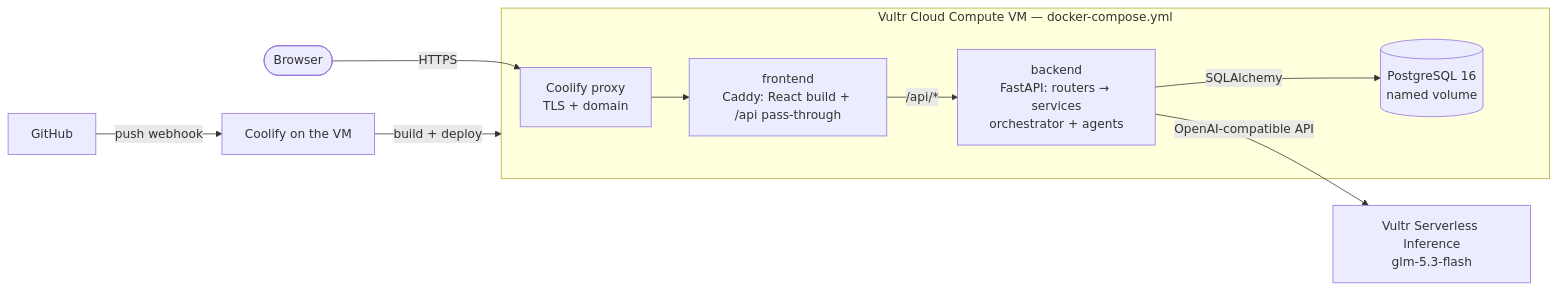
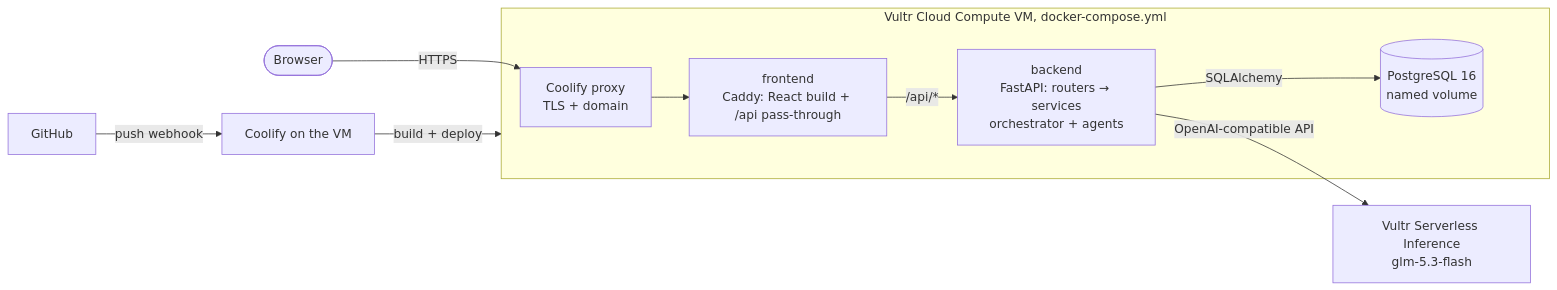
One commit to DrakesYT/unify-suite changed the diagram in README.md. Above: the diagram before and after it, drawn with Mermaid. The commit also changed other lines of this file and 9 other files, not shown here.

````diff
--- a/README.md
+++ b/README.md
@@ -24,11 +36,11 @@
 ```mermaid
 flowchart LR
     user([Browser]) -->|HTTPS| proxy[Coolify proxy<br/>TLS + domain]
-    subgraph vm[Vultr Cloud Compute VM — docker-compose.yml]
+    subgraph vm[Vultr Cloud Compute VM, docker-compose.yml]
         proxy --> fe[frontend<br/>Caddy: React build + /api pass-through]
         fe -->|/api/*| be[backend<br/>FastAPI: routers → services<br/>orchestrator + agents]
         be -->|SQLAlchemy| db[(PostgreSQL 16<br/>named volume)]
     end
     be -->|OpenAI-compatible API| llm[Vultr Serverless Inference<br/>glm-5.3-flash]
     git[GitHub] -->|push webhook| coolify[Coolify on the VM] -->|build + deploy| vm
 ```
````
